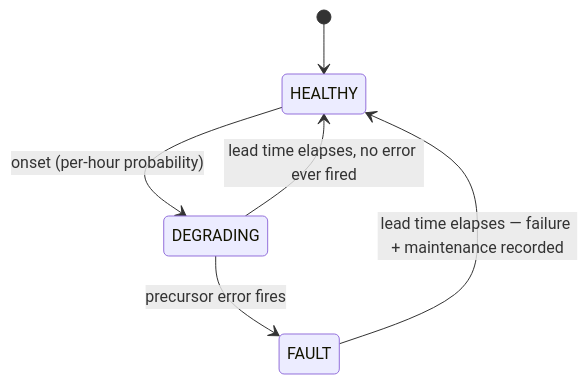
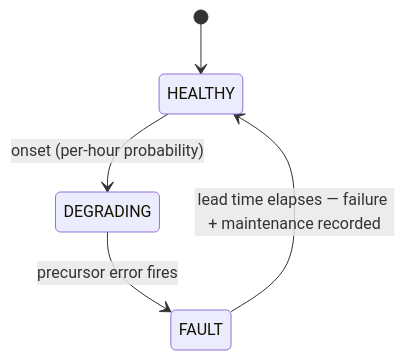
Before and after one commit to surplus96/uptime-copilot: the third of 3 diagrams in docs/PORTFOLIO.md, drawn with Mermaid. The commit also changed 22 other files, not shown here.

````diff
--- a/docs/PORTFOLIO.md
+++ b/docs/PORTFOLIO.md
@@ -141,8 +141,7 @@
 ```mermaid
 stateDiagram-v2
     [*] --> HEALTHY
     HEALTHY --> DEGRADING: onset (per-hour probability)
     DEGRADING --> FAULT: precursor error fires
-    DEGRADING --> HEALTHY: lead time elapses, no error ever fired
     FAULT --> HEALTHY: lead time elapses — failure + maintenance recorded
 ```
````
